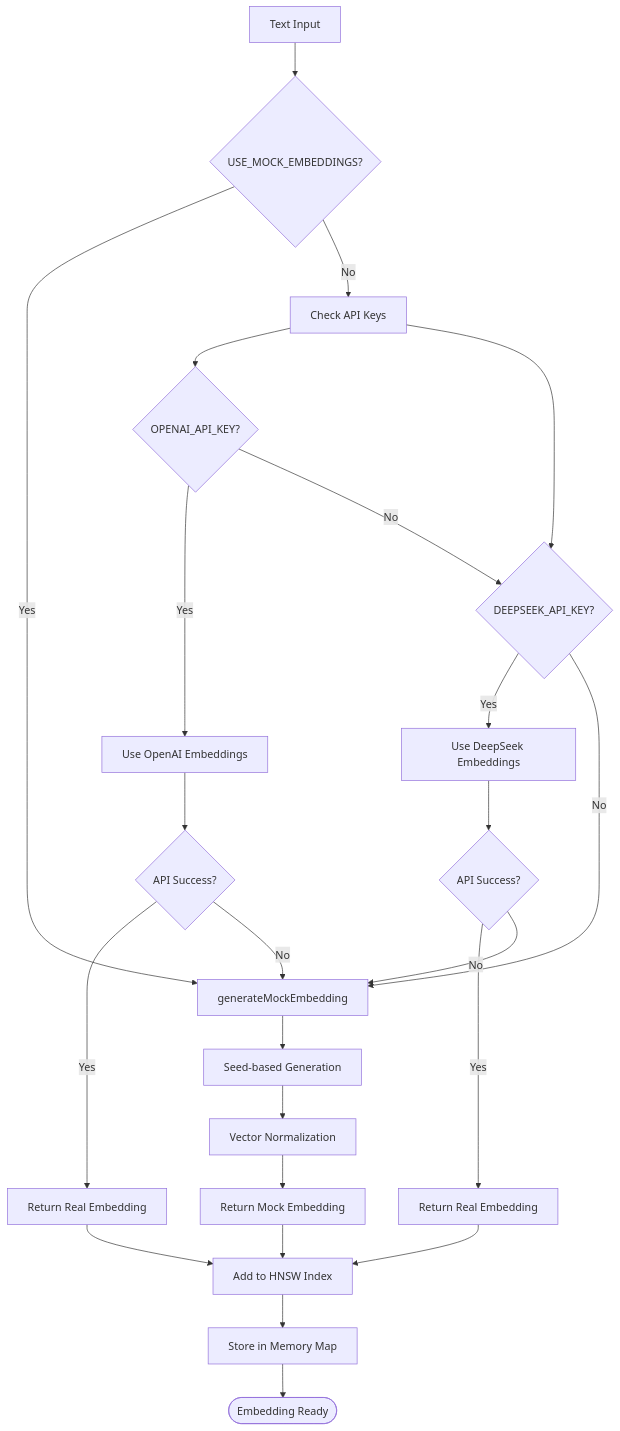
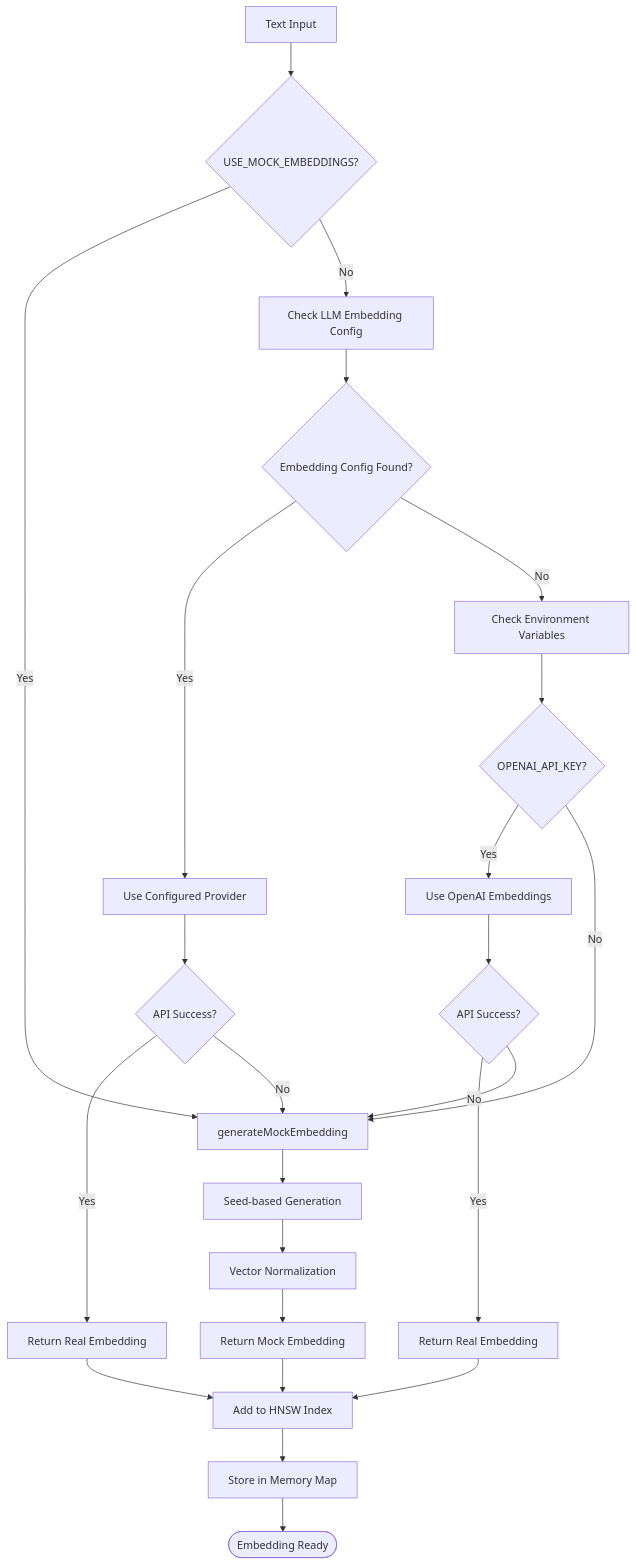
One commit to liwonder/NARRITIVE_OS changed the fifth of 10 diagrams in .qoder/repowiki/en/content/Memory Management System/Vector Memory System.md. Above: the diagram before and after it, drawn with Mermaid. The commit also changed other lines of this file and 12 other files, not shown here.

````diff
--- a/.qoder/repowiki/en/content/Memory Management System/Vector Memory System.md
+++ b/.qoder/repowiki/en/content/Memory Management System/Vector Memory System.md
@@ -221,26 +220,26 @@
 ```mermaid
 flowchart TD
 Query[Text Input] --> CheckMock{"USE_MOCK_EMBEDDINGS?"}
 CheckMock --> |Yes| MockGen[generateMockEmbedding]
-CheckMock --> |No| CheckKeys[Check API Keys]
-CheckKeys --> OpenAIKey{OPENAI_API_KEY?}
-CheckKeys --> DeepSeekKey{DEEPSEEK_API_KEY?}
+CheckMock --> |No| CheckConfig[Check LLM Embedding Config]
+CheckConfig --> HasConfig{Embedding Config Found?}
+HasConfig --> |Yes| UseConfig[Use Configured Provider]
+HasConfig --> |No| CheckEnv[Check Environment Variables]
+CheckEnv --> OpenAIKey{OPENAI_API_KEY?}
 OpenAIKey --> |Yes| OpenAI[Use OpenAI Embeddings]
-OpenAIKey --> |No| DeepSeekKey
-DeepSeekKey --> |Yes| DeepSeek[Use DeepSeek Embeddings]
-DeepSeekKey --> |No| MockGen
-OpenAI --> TryAPI{API Success?}
+OpenAIKey --> |No| MockGen
+UseConfig --> TryAPI{API Success?}
 TryAPI --> |Yes| ReturnReal[Return Real Embedding]
 TryAPI --> |No| MockGen
-DeepSeek --> TryAPI2{API Success?}
+OpenAI --> TryAPI2{API Success?}
 TryAPI2 --> |Yes| ReturnReal2[Return Real Embedding]
 TryAPI2 --> |No| MockGen
 MockGen --> Deterministic[Seed-based Generation]
 Deterministic --> Normalize[Vector Normalization]
 Normalize --> ReturnMock[Return Mock Embedding]
 ReturnReal --> HNSW[Add to HNSW Index]
 ReturnReal2 --> HNSW
 ReturnMock --> HNSW
 HNSW --> Store[Store in Memory Map]
 Store --> Complete([Embedding Ready])
 ```
````
